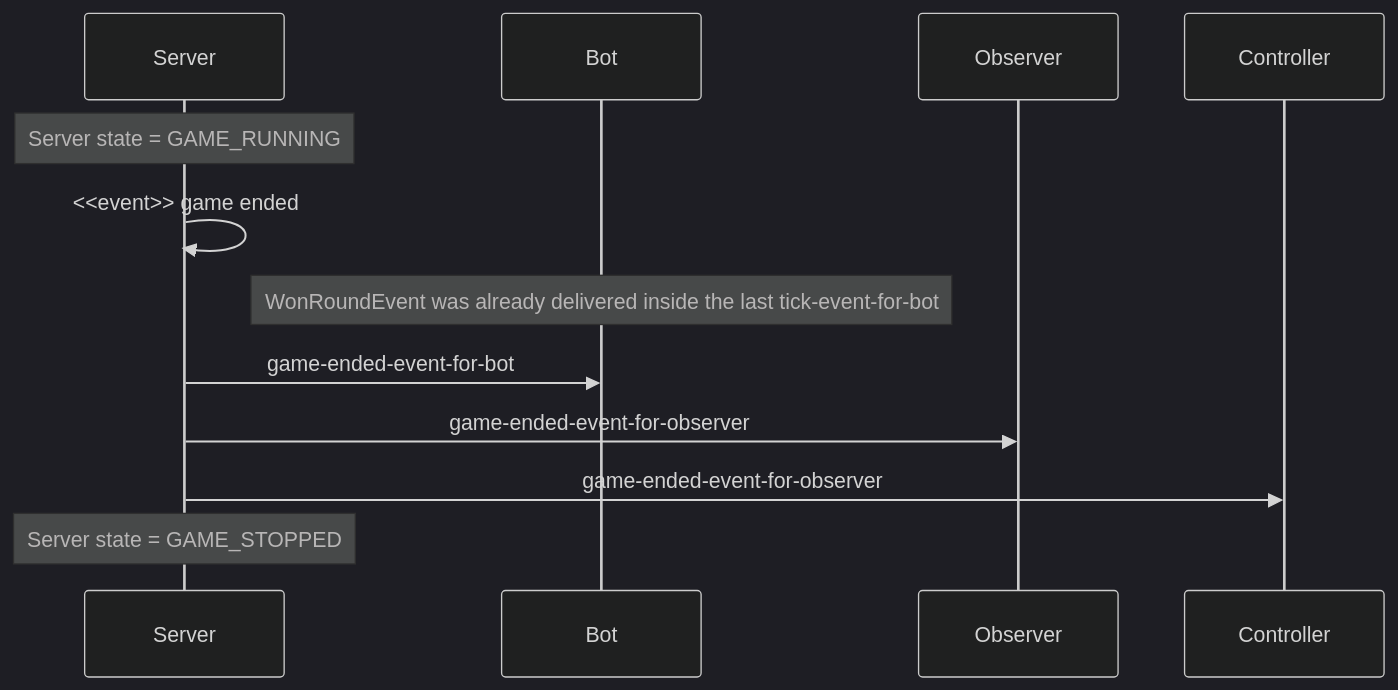
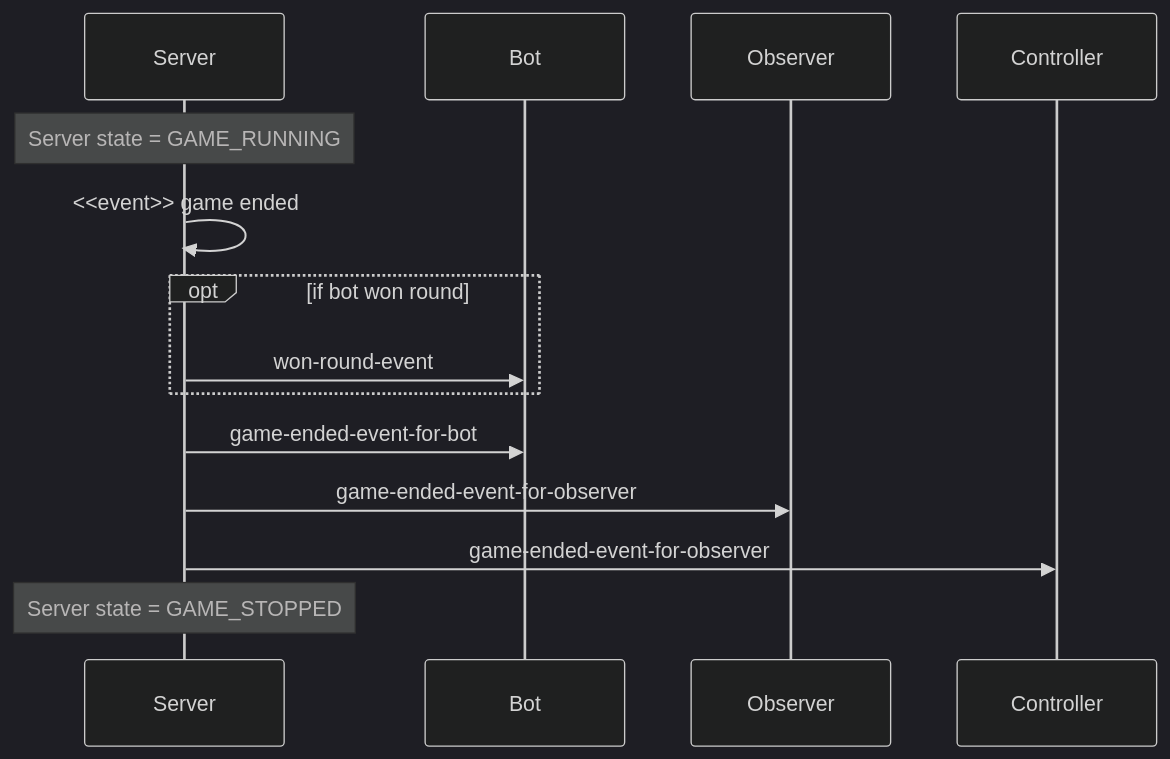
The seventh of 13 diagrams in schema/schemas/README.md (robocode-dev/tank-royale), drawn with Mermaid (dark theme) before and after one commit. The commit also changed other lines of this file and 197 other files, not shown here.

````diff
--- a/schema/schemas/README.md
+++ b/schema/schemas/README.md
@@ -228,10 +226,12 @@
 ```mermaid
 sequenceDiagram
 Note over Server: Server state = GAME_RUNNING
 Server->>Server: <<event>> game ended
-Note over Bot: WonRoundEvent was already delivered inside the last tick-event-for-bot
+opt if bot won round
+    Server->>Bot: won-round-event
+end
 Server->>Bot: game-ended-event-for-bot
 Server->>Observer: game-ended-event-for-observer
 Server->>Controller: game-ended-event-for-observer
 Note over Server: Server state = GAME_STOPPED
 ```
````
